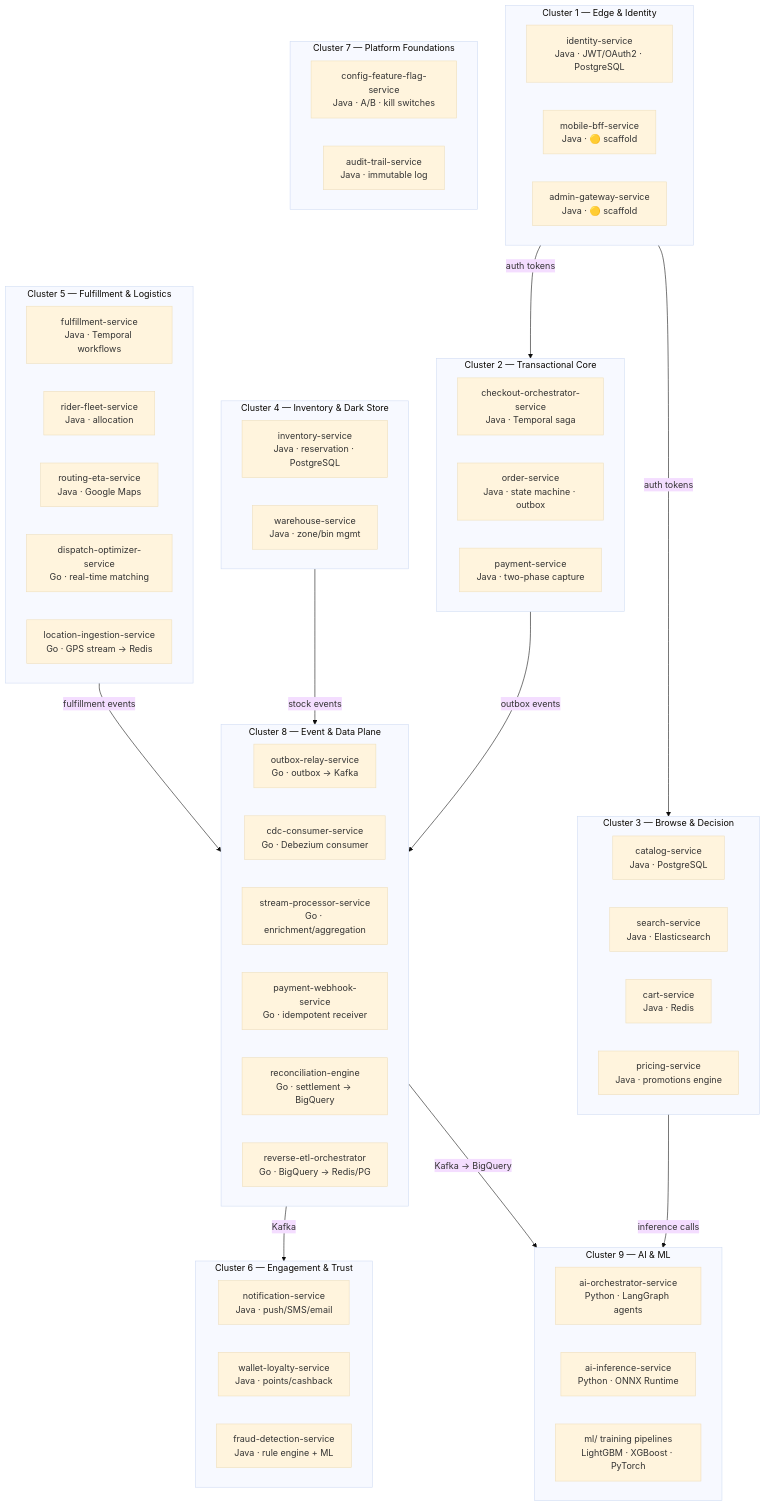
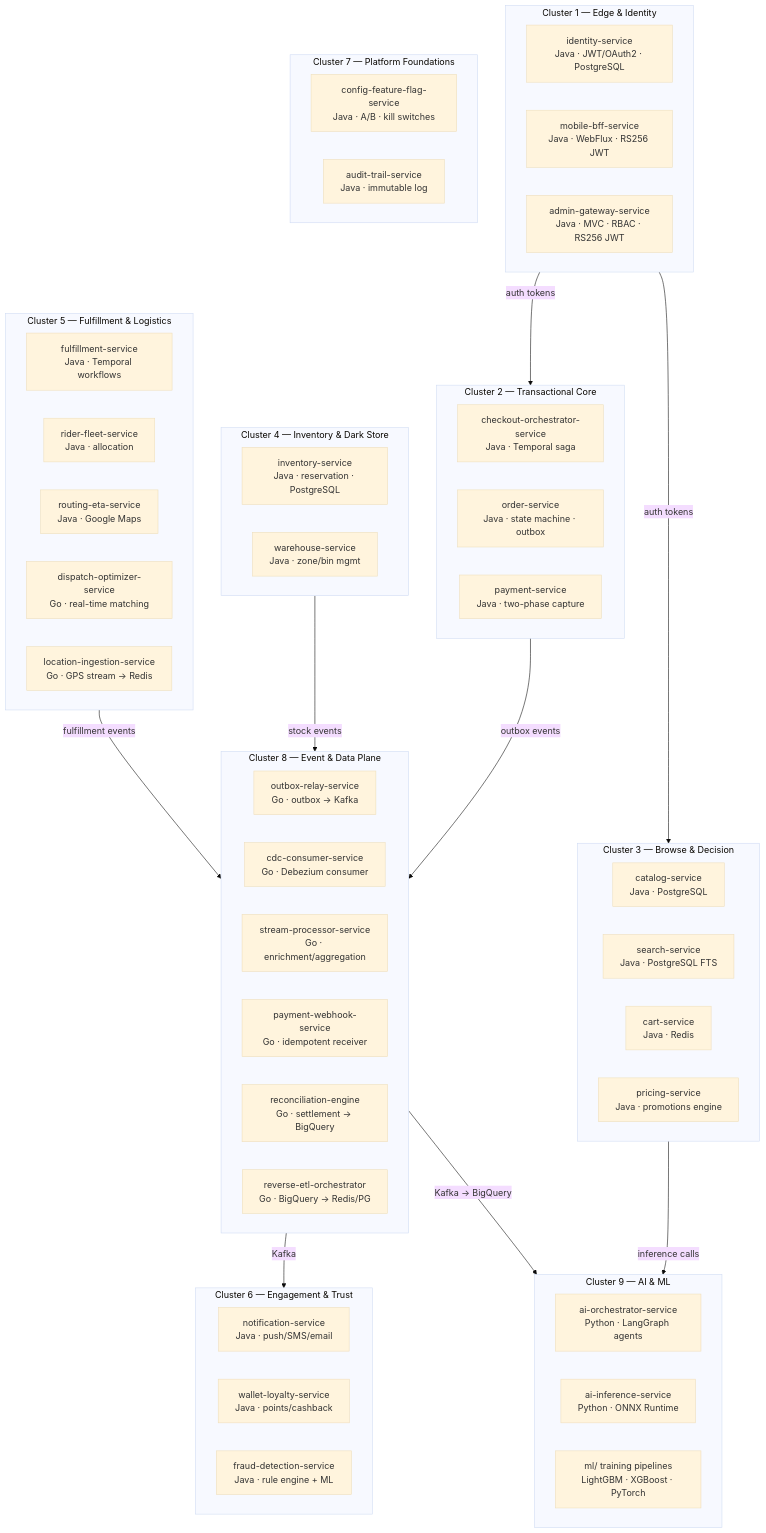
One commit to sunitakeazycommerz-a11y/InstaCommerce changed the fourth of 4 diagrams in README.md. Above: the diagram before and after it, drawn with Mermaid (base theme). The commit also changed other lines of this file and 124 other files, not shown here.

Commit message:
docs: synchronize root, architecture, ADR, service, and archive docs with codebase truth

````diff
--- a/README.md
+++ b/README.md
@@ -277,68 +277,68 @@
 ```mermaid
 graph TB
     subgraph C1["Cluster 1 — Edge & Identity"]
         c1a["identity-service<br/>Java · JWT/OAuth2 · PostgreSQL"]
-        c1b["mobile-bff-service<br/>Java · 🟡 scaffold"]
-        c1c["admin-gateway-service<br/>Java · 🟡 scaffold"]
+        c1b["mobile-bff-service<br/>Java · WebFlux · RS256 JWT"]
+        c1c["admin-gateway-service<br/>Java · MVC · RBAC · RS256 JWT"]
     end
 
     subgraph C2["Cluster 2 — Transactional Core"]
         c2a["checkout-orchestrator-service<br/>Java · Temporal saga"]
         c2b["order-service<br/>Java · state machine · outbox"]
         c2c["payment-service<br/>Java · two-phase capture"]
     end
 
     subgraph C3["Cluster 3 — Browse & Decision"]
         c3a["catalog-service<br/>Java · PostgreSQL"]
-        c3b["search-service<br/>Java · Elasticsearch"]
+        c3b["search-service<br/>Java · PostgreSQL FTS"]
         c3c["cart-service<br/>Java · Redis"]
         c3d["pricing-service<br/>Java · promotions engine"]
     end
 
     subgraph C4["Cluster 4 — Inventory & Dark Store"]
         c4a["inventory-service<br/>Java · reservation · PostgreSQL"]
         c4b["warehouse-service<br/>Java · zone/bin mgmt"]
     end
 
     subgraph C5["Cluster 5 — Fulfillment & Logistics"]
         c5a["fulfillment-service<br/>Java · Temporal workflows"]
         c5b["rider-fleet-service<br/>Java · allocation"]
         c5c["routing-eta-service<br/>Java · Google Maps"]
         c5d["dispatch-optimizer-service<br/>Go · real-time matching"]
         c5e["location-ingestion-service<br/>Go · GPS stream → Redis"]
     end
 
     subgraph C6["Cluster 6 — Engagement & Trust"]
         c6a["notification-service<br/>Java · push/SMS/email"]
         c6b["wallet-loyalty-service<br/>Java · points/cashback"]
         c6c["fraud-detection-service<br/>Java · rule engine + ML"]
     end
 
     subgraph C7["Cluster 7 — Platform Foundations"]
         c7a["config-feature-flag-service<br/>Java · A/B · kill switches"]
         c7b["audit-trail-service<br/>Java · immutable log"]
     end
 
     subgraph C8["Cluster 8 — Event & Data Plane"]
         c8a["outbox-relay-service<br/>Go · outbox → Kafka"]
         c8b["cdc-consumer-service<br/>Go · Debezium consumer"]
         c8c["stream-processor-service<br/>Go · enrichment/aggregation"]
         c8d["payment-webhook-service<br/>Go · idempotent receiver"]
         c8e["reconciliation-engine<br/>Go · settlement → BigQuery"]
         c8f["reverse-etl-orchestrator<br/>Go · BigQuery → Redis/PG"]
     end
 
     subgraph C9["Cluster 9 — AI & ML"]
         c9a["ai-orchestrator-service<br/>Python · LangGraph agents"]
         c9b["ai-inference-service<br/>Python · ONNX Runtime"]
         c9c["ml/ training pipelines<br/>LightGBM · XGBoost · PyTorch"]
     end
 
     C1 -->|"auth tokens"| C2 & C3
     C2 -->|"outbox events"| C8
     C3 -->|"inference calls"| C9
     C4 -->|"stock events"| C8
     C5 -->|"fulfillment events"| C8
     C8 -->|"Kafka"| C6
     C8 -->|"Kafka → BigQuery"| C9
 ```
````
